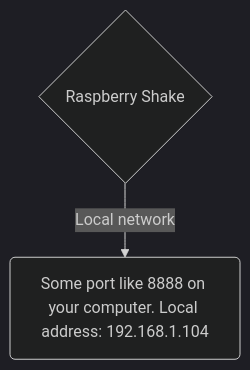
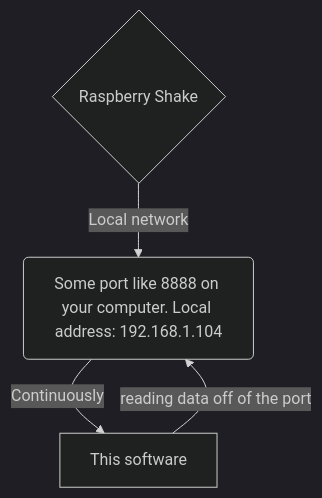
Before and after one commit to raspishake/rsudp: the first of 2 diagrams in README.md, drawn with Mermaid (dark theme). The commit also changed other lines of this file, not shown here.

````diff
--- a/README.md
+++ b/README.md
@@ -39,4 +41,6 @@
 ```mermaid
 graph TD
 A{Raspberry Shake} -->|Local network| B(Some port like 8888 on your computer. Local address: 192.168.1.104)
+B -->|Continuously| C[This software]
+C -->|reading data off of the port| B
 ```
````
